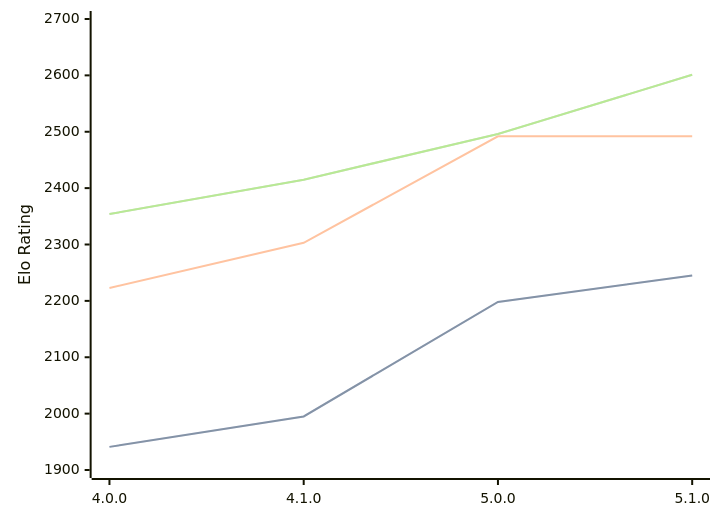
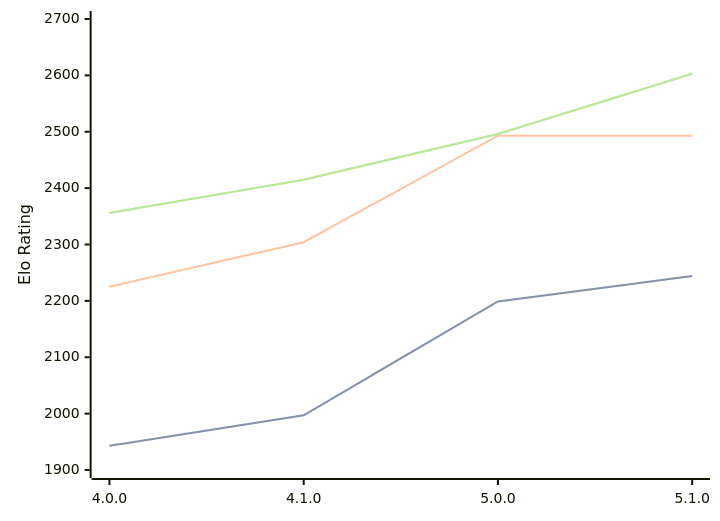
Before and after one commit to computer-chess-index/cci: the diagram in engines/Aconcagua.md, drawn with Mermaid. The commit also changed other lines of this file, not shown here.

Commit message:
Update CCI Ratings (ELO VLTC) - 2026-03-14

````diff
--- a/engines/Aconcagua.md
+++ b/engines/Aconcagua.md
@@ -41,11 +41,11 @@
 ```mermaid
 %%{init: {"theme":"base","themeVariables":{"seriesColors:['#a3a3a3','#222221','#faa371']}}}%%
 xychart-beta
   x-axis ["4.0.0", "4.1.0", "5.0.0", "5.1.0"]
   y-axis "Elo Rating" 1900 --> 2700
-  line "STC (8.0+0.08s)" [1941, 1995, 2198, 2245]
-  line "STC (8.0+0.08s)" [1941, 1995, 2198, 2245]
-  line "LTC (60.0+0.60s)" [2223, 2303, 2492, 2492]
-  line "VLTC (2m24s+1.12s)" [2354, 2415, 2496, 2601]
-  line "VLTC (2m24s+1.12s)" [2354, 2415, 2496, 2601]
+  line "STC (8.0+0.08s)" [1943, 1997, 2199, 2244]
+  line "STC (8.0+0.08s)" [1943, 1997, 2199, 2244]
+  line "LTC (60.0+0.60s)" [2225, 2304, 2493, 2493]
+  line "VLTC (2m24s+1.12s)" [2356, 2415, 2496, 2603]
+  line "VLTC (2m24s+1.12s)" [2356, 2415, 2496, 2603]
 ```
````
